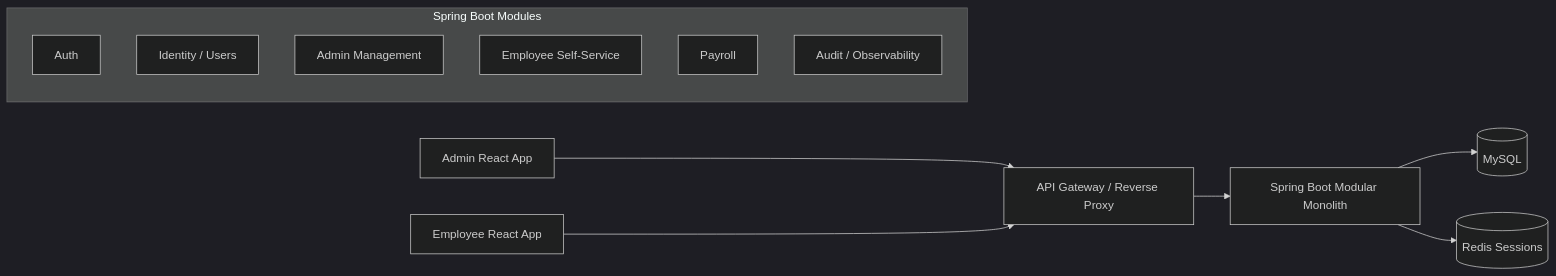
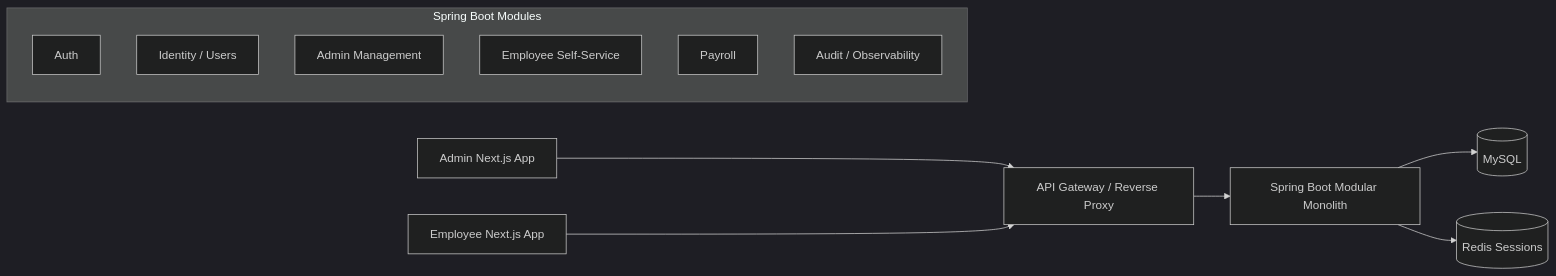
Before and after one commit to danilocasim/tip-payroll-system: the diagram in docs/payroll-v2-architecture.md, drawn with Mermaid (dark theme). The commit also changed other lines of this file and 207 other files, not shown here.

````diff
--- a/docs/payroll-v2-architecture.md
+++ b/docs/payroll-v2-architecture.md
@@ -90,17 +90,17 @@
 ```mermaid
 graph LR
-    A[Admin React App] --> G[API Gateway / Reverse Proxy]
-    E[Employee React App] --> G
+    A[Admin Next.js App] --> G[API Gateway / Reverse Proxy]
+    E[Employee Next.js App] --> G
     G --> B[Spring Boot Modular Monolith]
     B --> M[(MySQL)]
     B --> R[(Redis Sessions)]
 
     subgraph Spring Boot Modules
       AU[Auth]
       ID[Identity / Users]
       AD[Admin Management]
       EM[Employee Self-Service]
       PY[Payroll]
       AA[Audit / Observability]
     end
 ```
````
